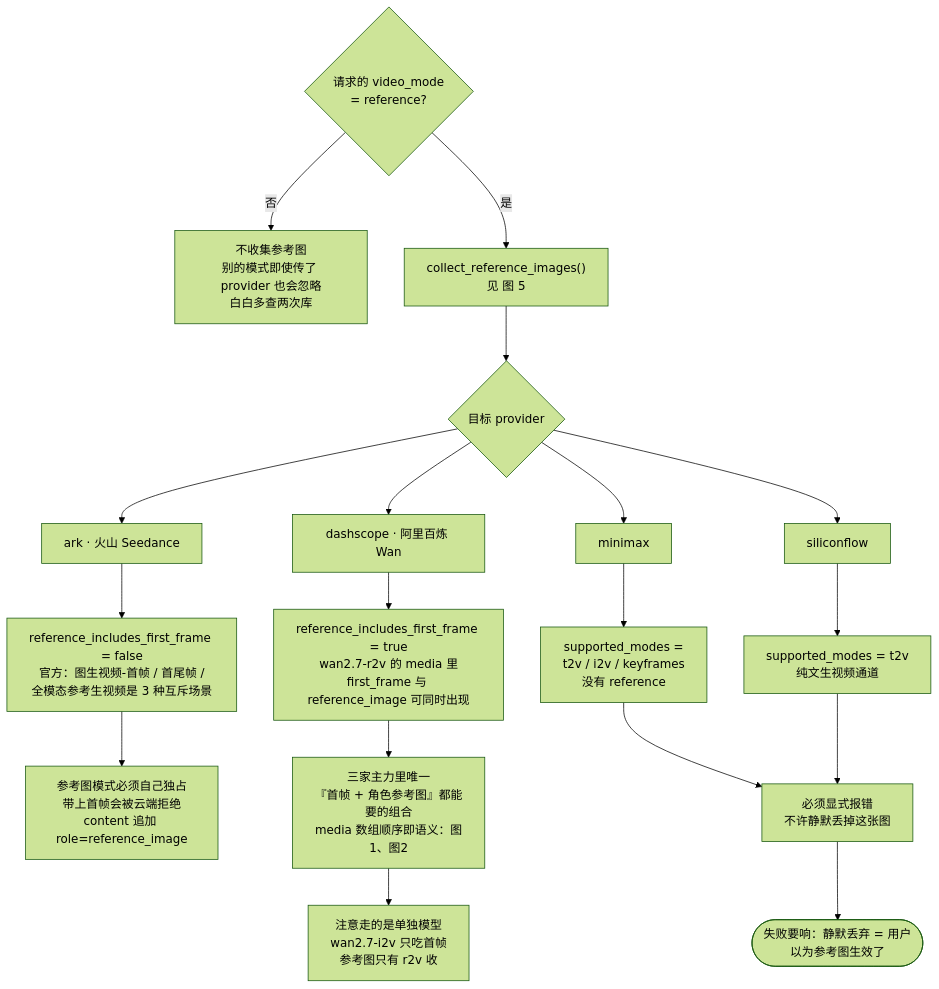
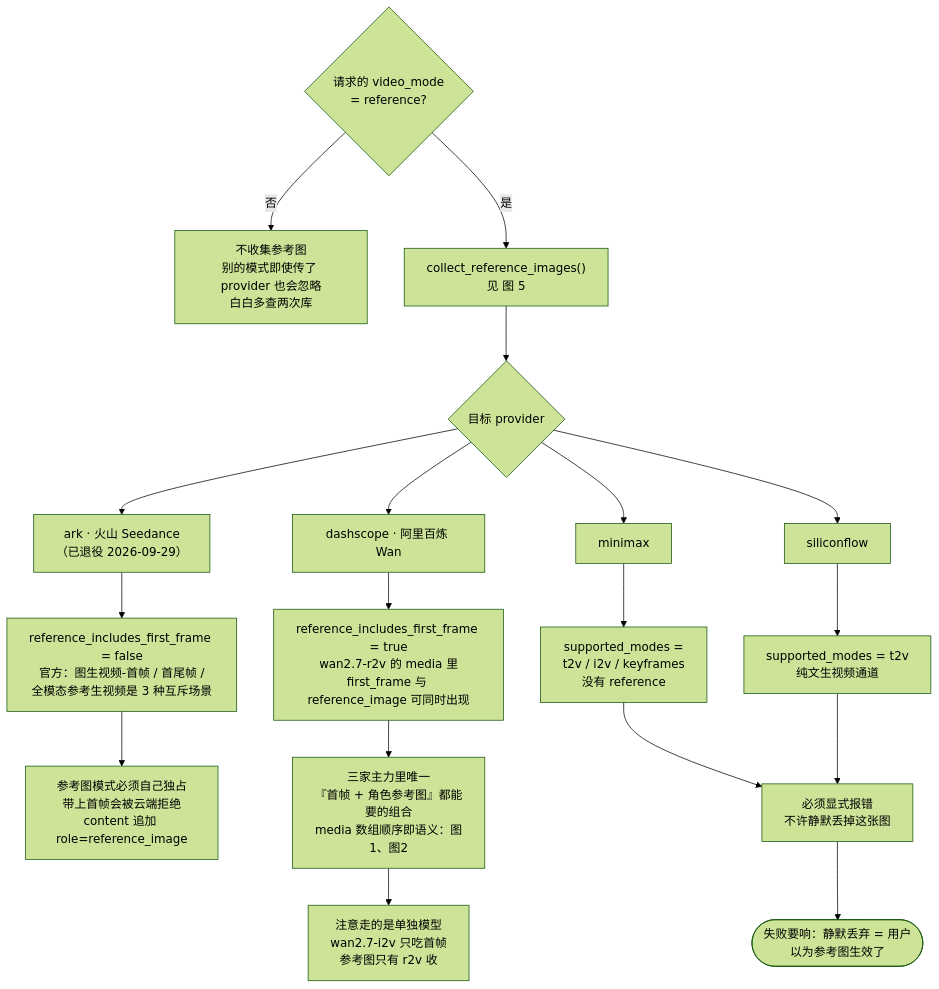
One commit to Bamzzo/VisionCraft changed the sixth of 22 diagrams in docs/visioncraft-diagrams.md. Above: the diagram before and after it, drawn with Mermaid (forest theme). The commit also changed other lines of this file and 3 other files, not shown here.

First line of the commit message:
docs: 落档 P5-B-1/B-2、ark 线收敛、终测基线与图集

````diff
--- a/docs/visioncraft-diagrams.md
+++ b/docs/visioncraft-diagrams.md
@@ -215,26 +221,26 @@
 ```mermaid
 flowchart TB
   MODE{"请求的 video_mode<br/>= reference?"} -- 否 --> SKIP["不收集参考图<br/>别的模式即使传了 provider 也会忽略<br/>白白多查两次库"]
   MODE -- 是 --> COLLECT["collect_reference_images()<br/>见 图 5"]
 
   COLLECT --> SPLIT{"目标 provider"}
-  SPLIT --> ARK["ark · 火山 Seedance"]
+  SPLIT --> ARK["ark · 火山 Seedance<br/>（已退役 2026-09-29）"]
   SPLIT --> DASH["dashscope · 阿里百炼 Wan"]
   SPLIT --> MM["minimax"]
   SPLIT --> SF["siliconflow"]
 
   ARK --> ARK_RULE["reference_includes_first_frame = false<br/>官方：图生视频-首帧 / 首尾帧 /<br/>全模态参考生视频是 3 种互斥场景"]
   ARK_RULE --> ARK_OK["参考图模式必须自己独占<br/>带上首帧会被云端拒绝<br/>content 追加 role=reference_image"]
 
   DASH --> DASH_RULE["reference_includes_first_frame = true<br/>wan2.7-r2v 的 media 里<br/>first_frame 与 reference_image 可同时出现"]
   DASH_RULE --> DASH_OK["三家主力里唯一<br/>『首帧 + 角色参考图』都能要的组合<br/>media 数组顺序即语义：图1、图2"]
   DASH_OK --> DASH_MODEL["注意走的是单独模型<br/>wan2.7-i2v 只吃首帧<br/>参考图只有 r2v 收"]
 
   MM --> MM_NO["supported_modes =<br/>t2v / i2v / keyframes<br/>没有 reference"]
   MM_NO --> LOUD["必须显式报错<br/>不许静默丢掉这张图"]
 
   SF --> SF_NO["supported_modes = t2v<br/>纯文生视频通道"]
   SF_NO --> LOUD
 
   LOUD --> FAIL(["失败要响：静默丢弃 = 用户以为参考图生效了"])
 ```
````
